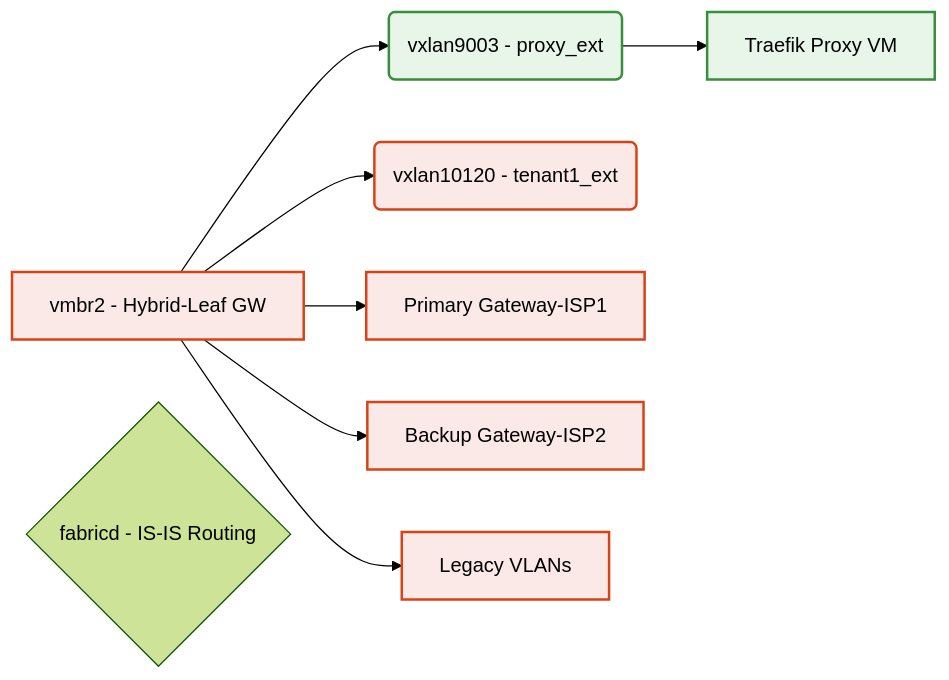
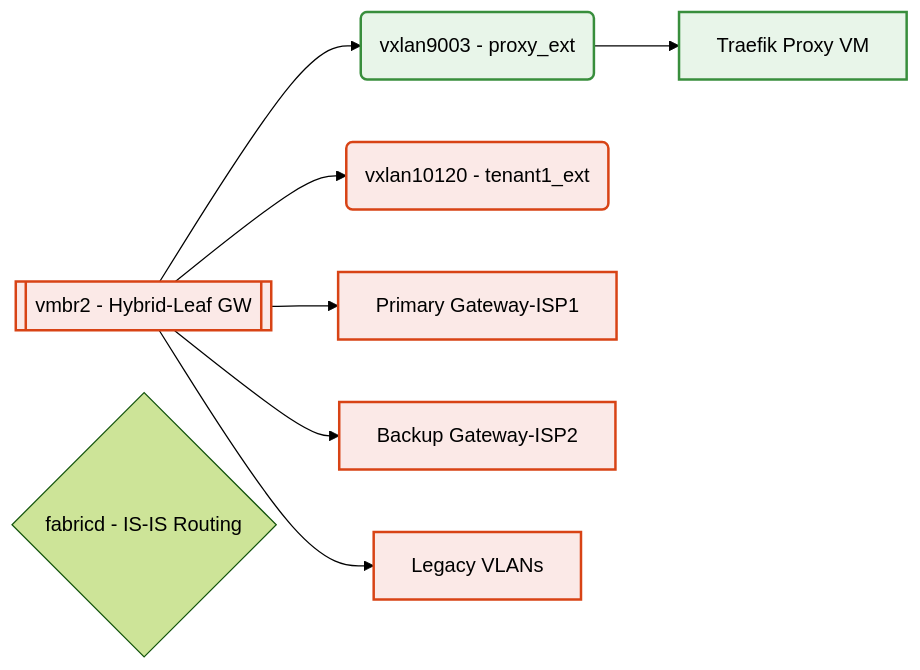
Before and after one commit to CEP-Comwell/proxmox_addons: the fourth of 4 diagrams in README.md, drawn with Mermaid (forest theme). The commit also changed other lines of this file and 1 other file, not shown here.

Commit message:
test bridge as subroutine

````diff
--- a/README.md
+++ b/README.md
@@ -139,23 +139,23 @@
 ```mermaid
 graph LR
-ExtBridge[vmbr2 - Hybrid-Leaf GW]
+ExtBridge[[vmbr2 - Hybrid-Leaf GW]]
 VX9003(vxlan9003 - proxy_ext)
 VX10120(vxlan10120 - tenant1_ext)
 Gateway1[Primary Gateway-ISP1]
 Gateway2[Backup Gateway-ISP2]
 LegacyVLAN[Legacy VLANs]
 ProxyVM[Traefik Proxy VM]
 Fabricd{fabricd - IS-IS Routing}
 
 ExtBridge --> VX9003
 ExtBridge --> VX10120
 ExtBridge --> Gateway1
 ExtBridge --> Gateway2
 ExtBridge --> LegacyVLAN
 VX9003 --> ProxyVM
 
 classDef ext fill:#fbe9e7,stroke:#d84315,stroke-width:2px;
 classDef proxy fill:#e8f5e9,stroke:#388e3c,stroke-width:2px;
 class ExtBridge,VX10120,Gateway1,Gateway2,LegacyVLAN ext;
 class VX9003,ProxyVM proxy;
 ```
````
